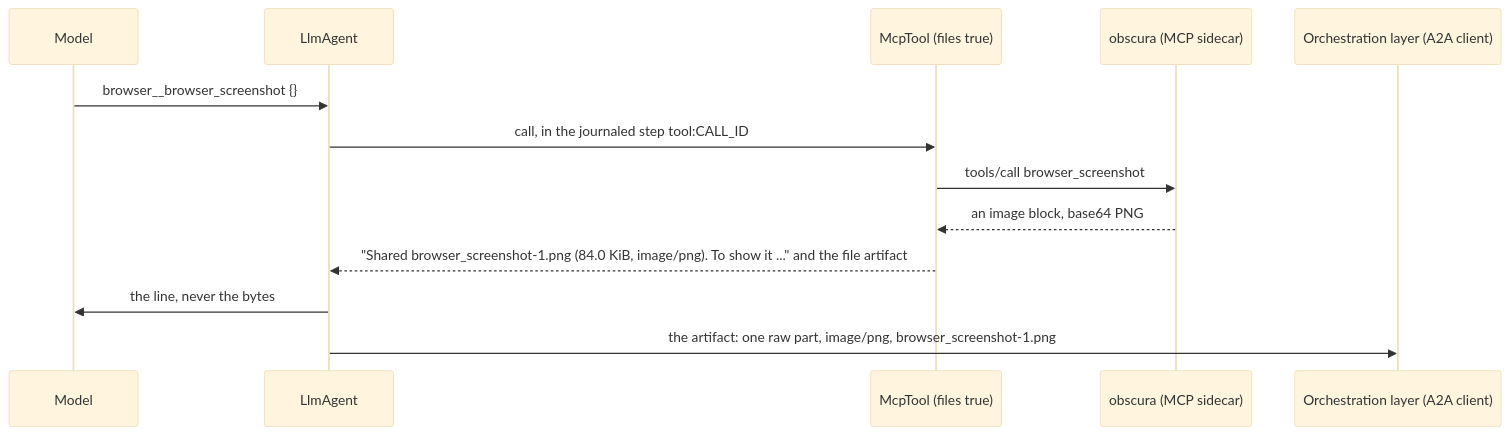
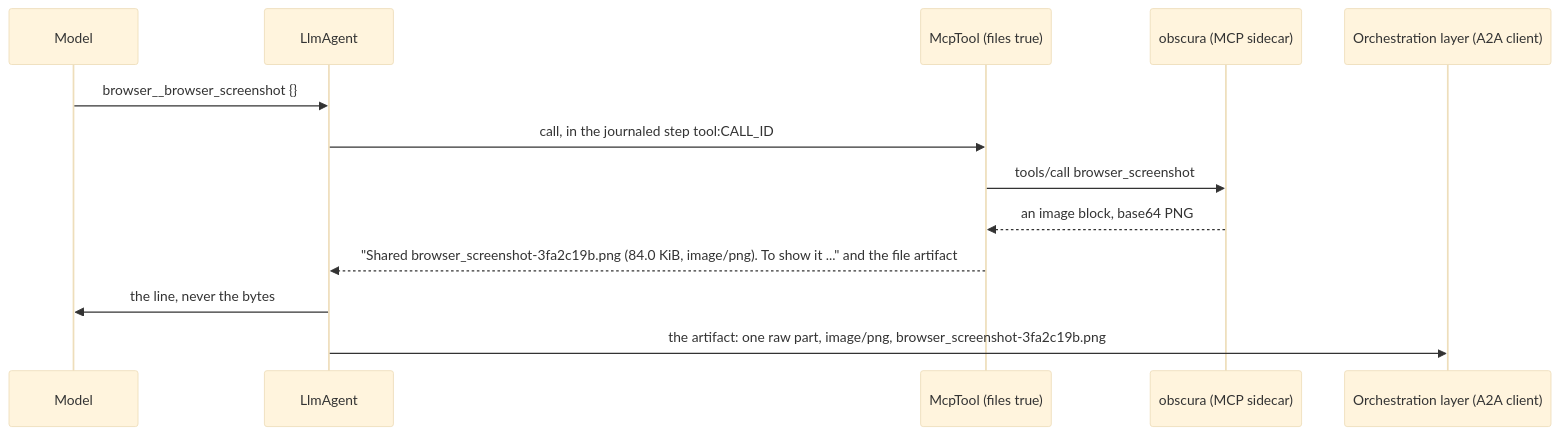
One commit to vymalo/another-adam-rs changed the first of 2 diagrams in docs/decisions/0033-files-from-mcp-results-are-shared-files.md. Above: the diagram before and after it, drawn with Mermaid (base theme). The commit also changed other lines of this file and 28 other files, not shown here.

````diff
--- a/docs/decisions/0033-files-from-mcp-results-are-shared-files.md
+++ b/docs/decisions/0033-files-from-mcp-results-are-shared-files.md
@@ -77,15 +89,15 @@
 ```mermaid
 sequenceDiagram
     participant M as Model
     participant L as LlmAgent
     participant T as McpTool (files true)
     participant B as obscura (MCP sidecar)
     participant O as Orchestration layer (A2A client)
     M->>L: browser__browser_screenshot {}
     L->>T: call, in the journaled step tool:CALL_ID
     T->>B: tools/call browser_screenshot
     B-->>T: an image block, base64 PNG
-    T-->>L: "Shared browser_screenshot-1.png (84.0 KiB, image/png). To show it ..." and the file artifact
+    T-->>L: "Shared browser_screenshot-3fa2c19b.png (84.0 KiB, image/png). To show it ..." and the file artifact
     L->>M: the line, never the bytes
-    L->>O: the artifact: one raw part, image/png, browser_screenshot-1.png
+    L->>O: the artifact: one raw part, image/png, browser_screenshot-3fa2c19b.png
 ```
````
